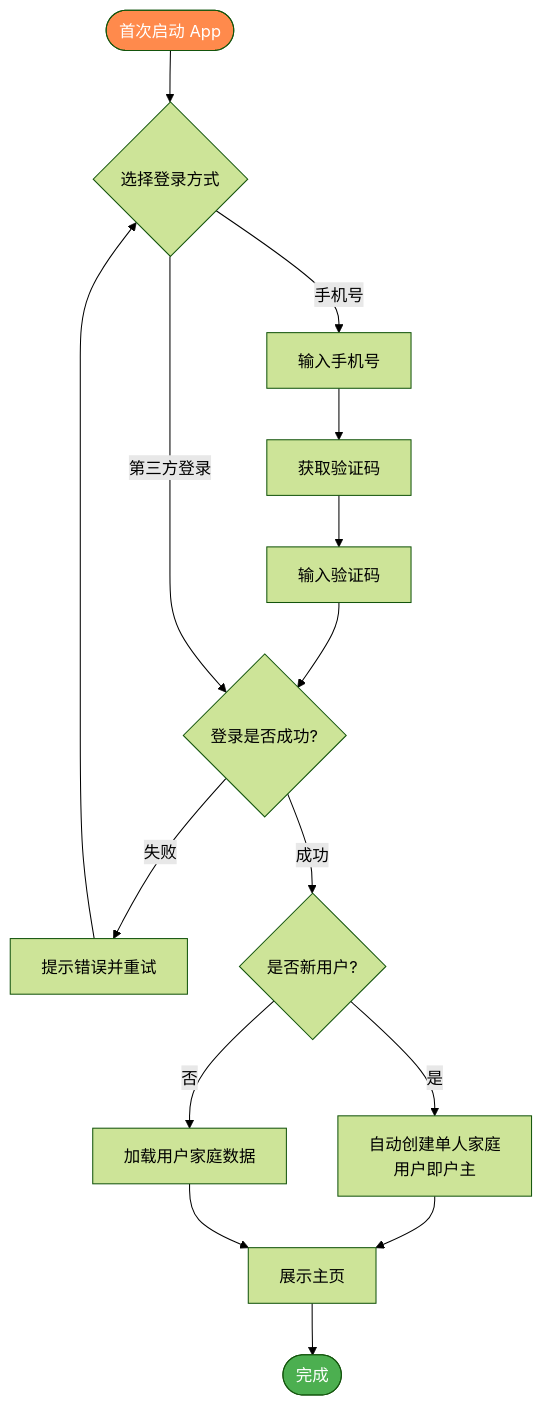
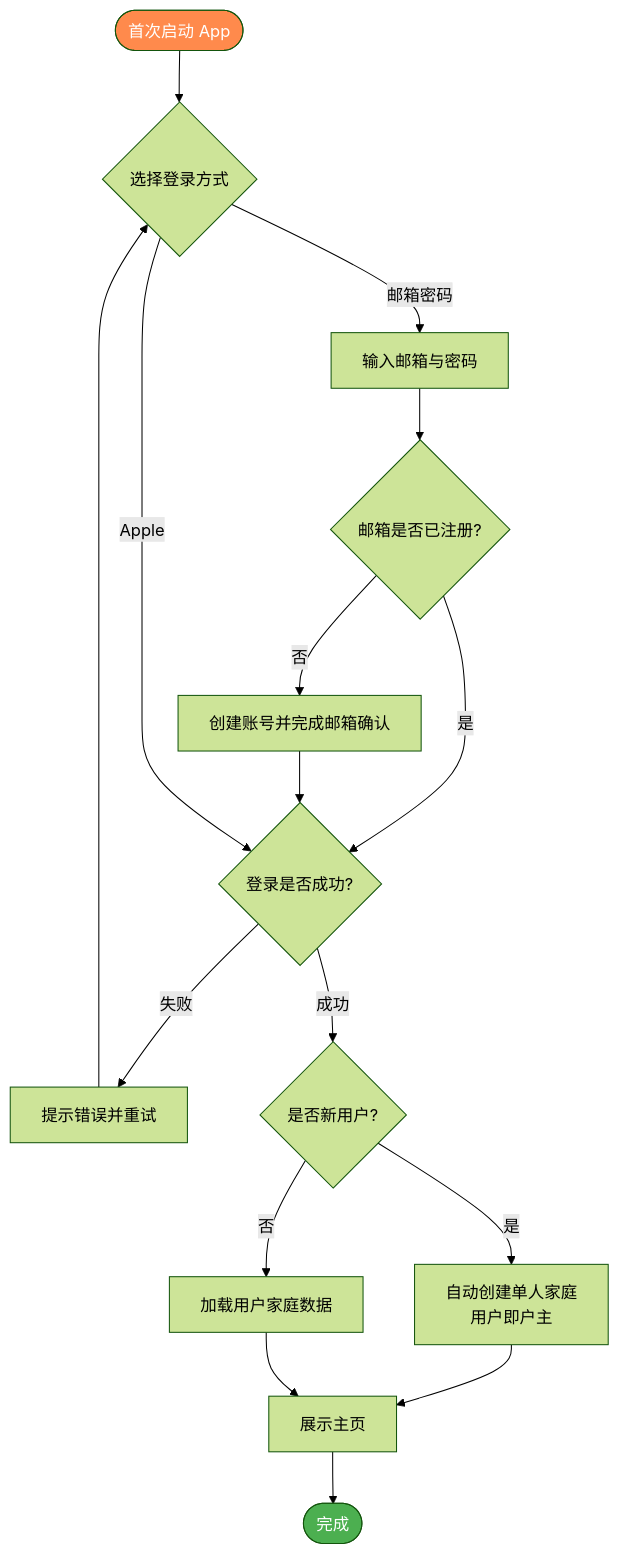
The first of 16 diagrams in docs/PRD.md (raochen0000/HomeBook), drawn with Mermaid (forest theme) before and after one commit. The commit also changed other lines of this file and 25 other files, not shown here.

````diff
--- a/docs/PRD.md
+++ b/docs/PRD.md
@@ -102,27 +102,28 @@
 ```mermaid
 flowchart TD
     A([首次启动 App]) --> E{选择登录方式}
 
-    E -- 手机号 --> F1[输入手机号]
-    F1 --> F2[获取验证码]
-    F2 --> F3[输入验证码]
+    E -- 邮箱密码 --> F1[输入邮箱与密码]
+    F1 --> F2{邮箱是否已注册?}
+    F2 -- 否 --> F3[创建账号并完成邮箱确认]
+    F2 -- 是 --> G
     F3 --> G
 
-    E -- 第三方登录 --> G
+    E -- Apple --> G
 
     G{登录是否成功?}
     G -- 失败 --> G1[提示错误并重试]
     G1 --> E
     G -- 成功 --> H{是否新用户?}
 
     H -- 是 --> I[自动创建单人家庭<br/>用户即户主]
     H -- 否 --> J[加载用户家庭数据]
 
     I --> K[展示主页]
     J --> K
 
     K --> L([完成])
 
     style A fill:#FF8A4C,color:#fff
     style L fill:#4CAF50,color:#fff
 ```
````
